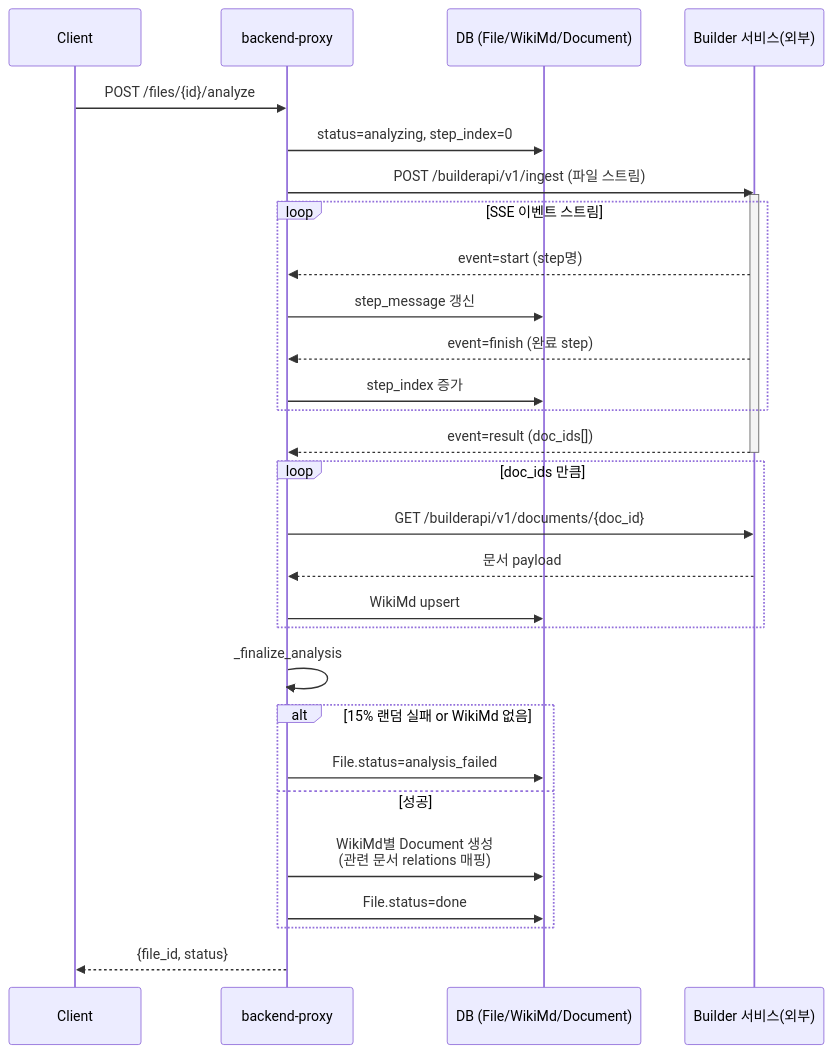
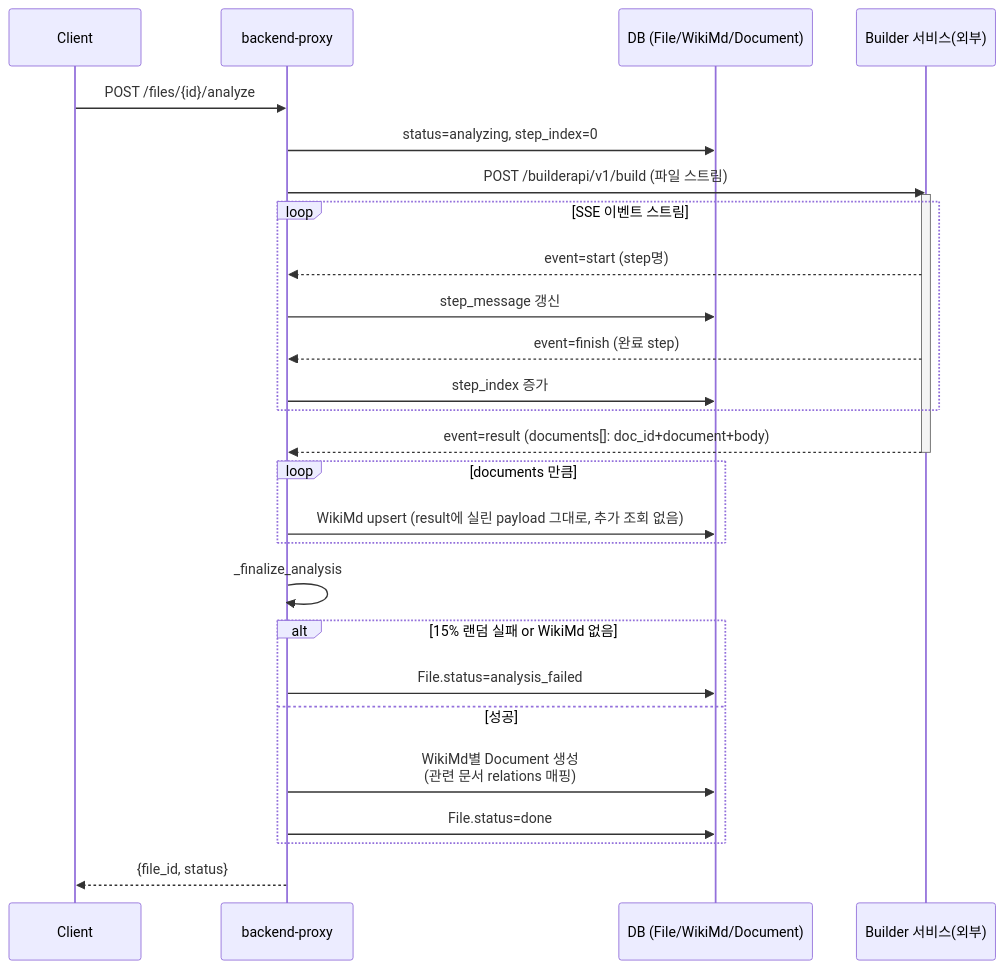
Before and after one commit to jbeight-dev/2026-aimaster-wikigen: the second of 2 diagrams in backend-proxy/readme.md, drawn with Mermaid. The commit also changed 21 other files, not shown here.

````diff
--- a/backend-proxy/readme.md
+++ b/backend-proxy/readme.md
@@ -76,35 +76,33 @@
 ```mermaid
 sequenceDiagram
     participant C as Client
     participant BP as backend-proxy
     participant DB as DB (File/WikiMd/Document)
     participant BD as Builder 서비스(외부)
 
     C->>BP: POST /files/{id}/analyze
     BP->>DB: status=analyzing, step_index=0
-    BP->>BD: POST /builderapi/v1/ingest (파일 스트림)
+    BP->>BD: POST /builderapi/v1/build (파일 스트림)
     activate BD
     loop SSE 이벤트 스트림
         BD-->>BP: event=start (step명)
         BP->>DB: step_message 갱신
         BD-->>BP: event=finish (완료 step)
         BP->>DB: step_index 증가
     end
-    BD-->>BP: event=result (doc_ids[])
+    BD-->>BP: event=result (documents[]: doc_id+document+body)
     deactivate BD
 
-    loop doc_ids 만큼
-        BP->>BD: GET /builderapi/v1/documents/{doc_id}
-        BD-->>BP: 문서 payload
-        BP->>DB: WikiMd upsert
+    loop documents 만큼
+        BP->>DB: WikiMd upsert (result에 실린 payload 그대로, 추가 조회 없음)
     end
 
     BP->>BP: _finalize_analysis
     alt 15% 랜덤 실패 or WikiMd 없음
         BP->>DB: File.status=analysis_failed
     else 성공
         BP->>DB: WikiMd별 Document 생성<br/>(관련 문서 relations 매핑)
         BP->>DB: File.status=done
     end
     BP-->>C: {file_id, status}
 ```
````
